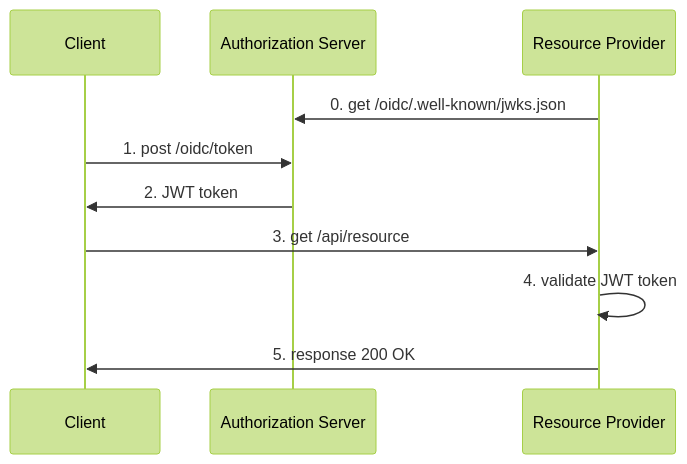
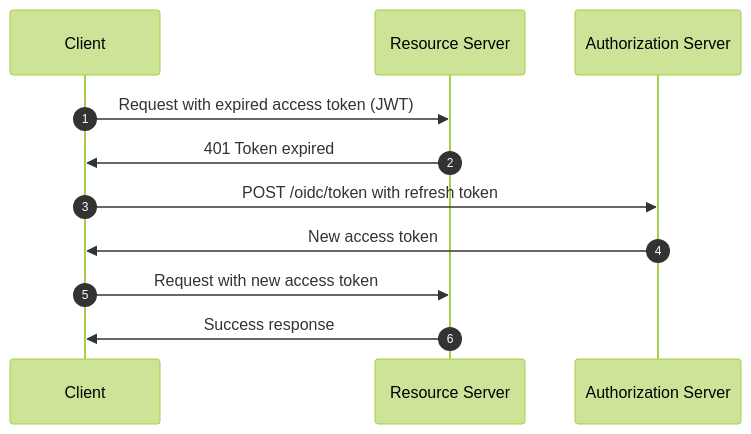
The fifth of 5 diagrams in src/content/terms/en/opaque-token.mdx (logto-io/auth-wiki), drawn with Mermaid (forest theme) before and after one commit. The commit also changed other lines of this file, not shown here.

Commit message:
refactor: update opaque token wiki (#98)

````diff
--- a/src/content/terms/en/opaque-token.mdx
+++ b/src/content/terms/en/opaque-token.mdx
@@ -73,16 +124,14 @@
 ```mermaid
+sequenceDiagram
+    participant Client as Client
+    participant RS as Resource Server
+    participant AS as Authorization Server
+    autonumber
 
-sequenceDiagram
-    participant C as Client
-    participant AS as Authorization Server
-    participant RP as Resource Provider
-
-    RP ->> AS: 0. get /oidc/.well-known/jwks.json
-
-    C ->> AS: 1. post /oidc/token
-    AS ->> C: 2. JWT token
-    C ->> RP: 3. get /api/resource
-    RP ->> RP: 4. validate JWT token
-    RP ->> C: 5. response 200 OK
-
+    Client->>RS: Request with expired access token (JWT)
+    RS->>Client: 401 Token expired
+    Client->>AS: POST /oidc/token with refresh token
+    AS->>Client: New access token
+    Client->>RS: Request with new access token
+    RS->>Client: Success response
 ```
````
